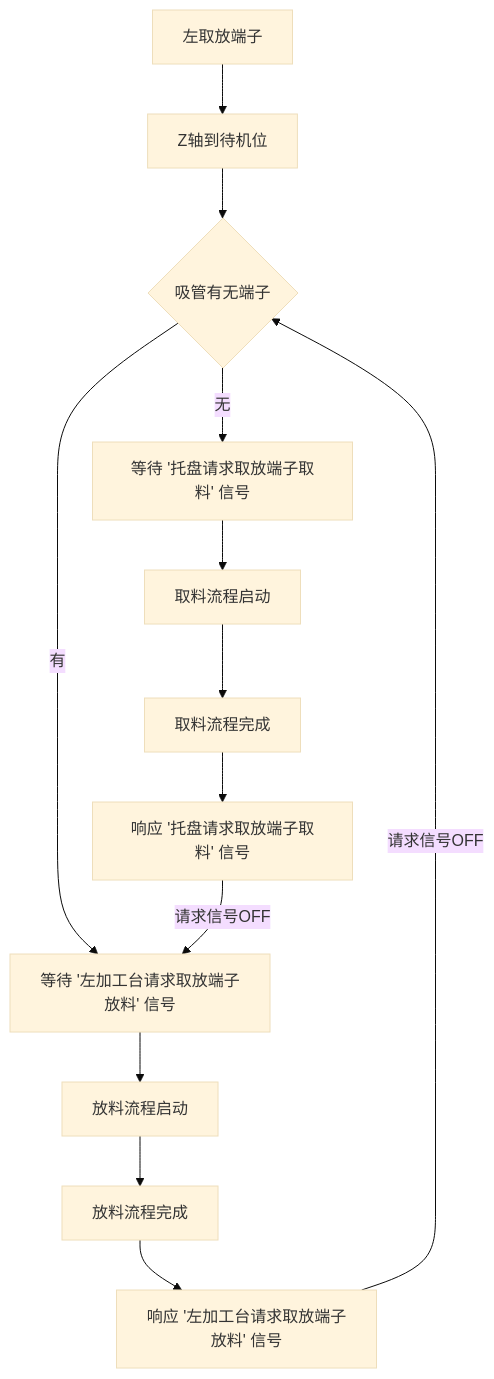
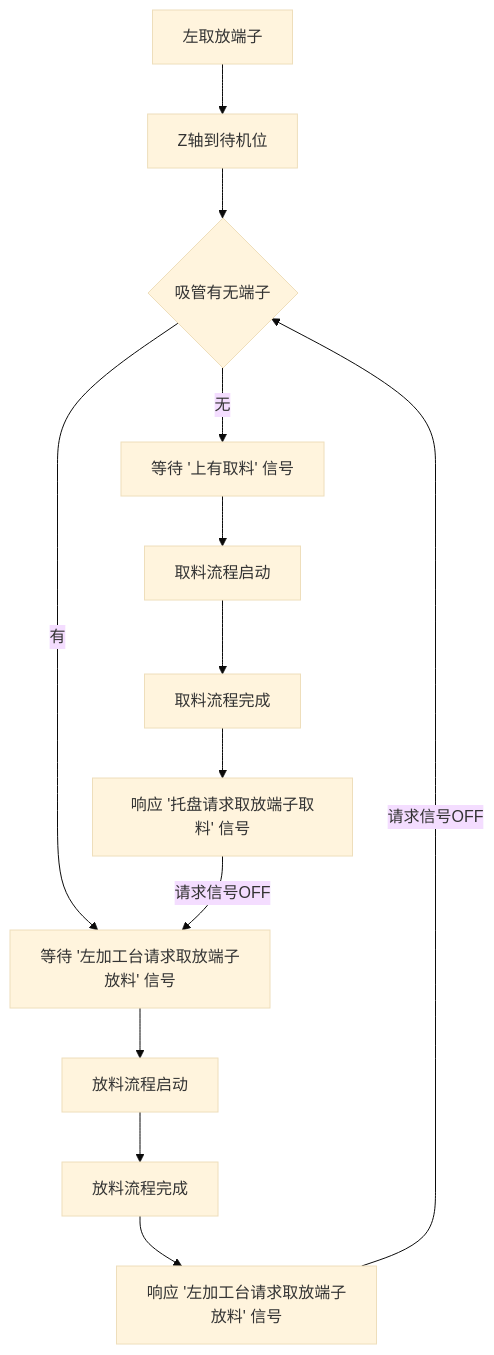
One commit to zmq000/iodraw-files changed the diagram in all/VR-OP90左取放端子.md. Above: the diagram before and after it, drawn with Mermaid (base theme).

Commit message:
2026-06-18 11:45:42 update

````diff
--- a/all/VR-OP90左取放端子.md
+++ b/all/VR-OP90左取放端子.md
@@ -1,17 +1,16 @@
 ```mermaid
 graph TD
 0[左取放端子]-->10
 10[Z轴到待机位]-->20
 20{吸管有无端子}-->|有|80
 20-->|无|30
 
-
-30[等待 '托盘请求取放端子取料' 信号]-->40
+30[等待 '上有取料' 信号]-->40
 40[取料流程启动]-->50
 50[取料流程完成]-->60
 60[响应 '托盘请求取放端子取料' 信号]-->|请求信号OFF|80
 80[等待 '左加工台请求取放端子放料' 信号]-->90
 90[放料流程启动]-->100
 100[放料流程完成]-->110
 110[响应 '左加工台请求取放端子放料' 信号]-->|请求信号OFF|20
 ```
````
